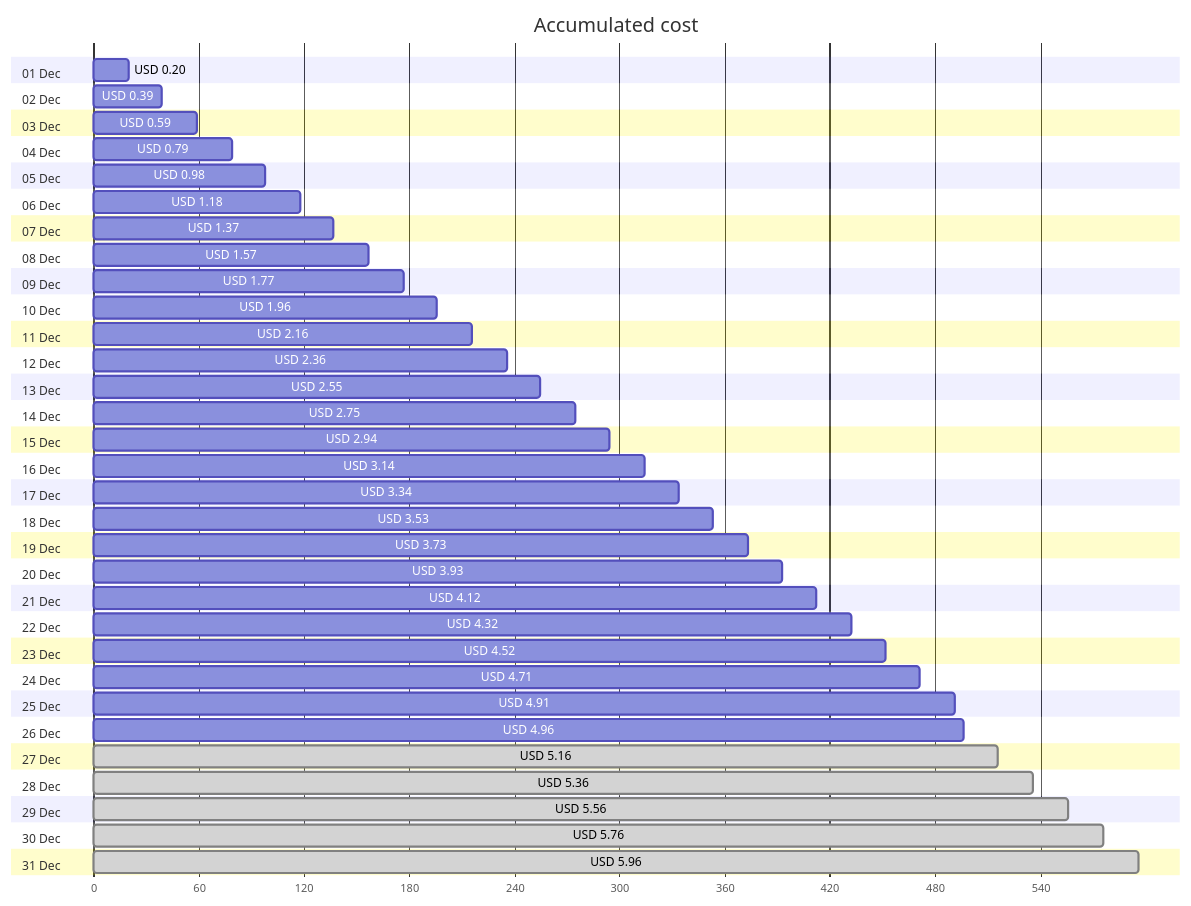
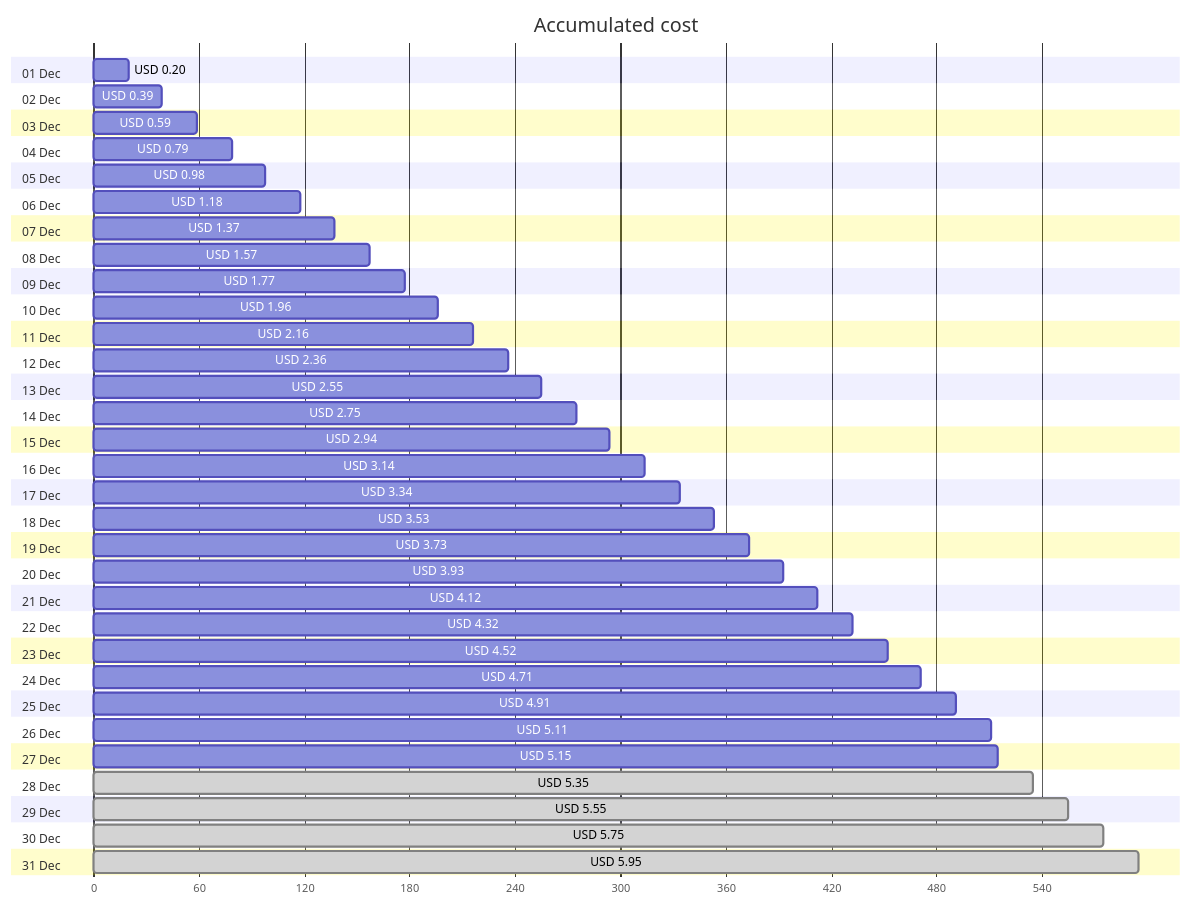
The first of 4 diagrams in cost-reports/personal-network/backup-server.md (jpfulton/azure-personal-reports), drawn with Mermaid before and after one commit. The commit also changed other lines of this file and 8 other files, not shown here.

````diff
--- a/cost-reports/personal-network/backup-server.md
+++ b/cost-reports/personal-network/backup-server.md
@@ -20,68 +20,68 @@
 ```mermaid
 gantt
    title Accumulated cost
    dateFormat  X
    axisFormat %s
    section 01 Dec
    USD 0.20 :0, 20
    section 02 Dec
    USD 0.39 :0, 39
    section 03 Dec
    USD 0.59 :0, 59
    section 04 Dec
    USD 0.79 :0, 79
    section 05 Dec
    USD 0.98 :0, 98
    section 06 Dec
    USD 1.18 :0, 118
    section 07 Dec
    USD 1.37 :0, 137
    section 08 Dec
    USD 1.57 :0, 157
    section 09 Dec
    USD 1.77 :0, 177
    section 10 Dec
    USD 1.96 :0, 196
    section 11 Dec
    USD 2.16 :0, 216
    section 12 Dec
    USD 2.36 :0, 236
    section 13 Dec
    USD 2.55 :0, 255
    section 14 Dec
    USD 2.75 :0, 275
    section 15 Dec
    USD 2.94 :0, 294
    section 16 Dec
    USD 3.14 :0, 314
    section 17 Dec
    USD 3.34 :0, 334
    section 18 Dec
    USD 3.53 :0, 353
    section 19 Dec
    USD 3.73 :0, 373
    section 20 Dec
    USD 3.93 :0, 393
    section 21 Dec
    USD 4.12 :0, 412
    section 22 Dec
    USD 4.32 :0, 432
    section 23 Dec
    USD 4.52 :0, 452
    section 24 Dec
    USD 4.71 :0, 471
    section 25 Dec
    USD 4.91 :0, 491
    section 26 Dec
-   USD 4.96 :0, 496
+   USD 5.11 :0, 511
    section 27 Dec
-   USD 5.16 : done, 0, 516
+   USD 5.15 :0, 515
    section 28 Dec
-   USD 5.36 : done, 0, 536
+   USD 5.35 : done, 0, 535
    section 29 Dec
-   USD 5.56 : done, 0, 556
+   USD 5.55 : done, 0, 555
    section 30 Dec
-   USD 5.76 : done, 0, 576
+   USD 5.75 : done, 0, 575
    section 31 Dec
-   USD 5.96 : done, 0, 596
+   USD 5.95 : done, 0, 595
 ```
````
